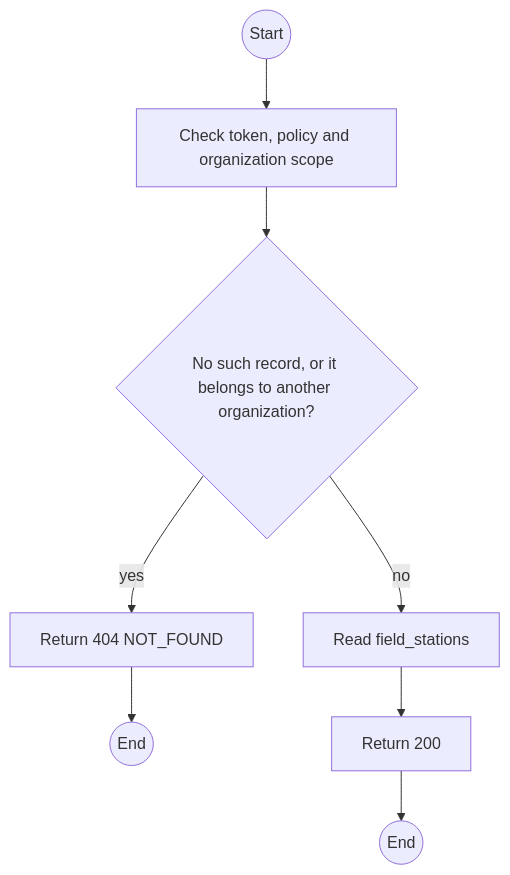
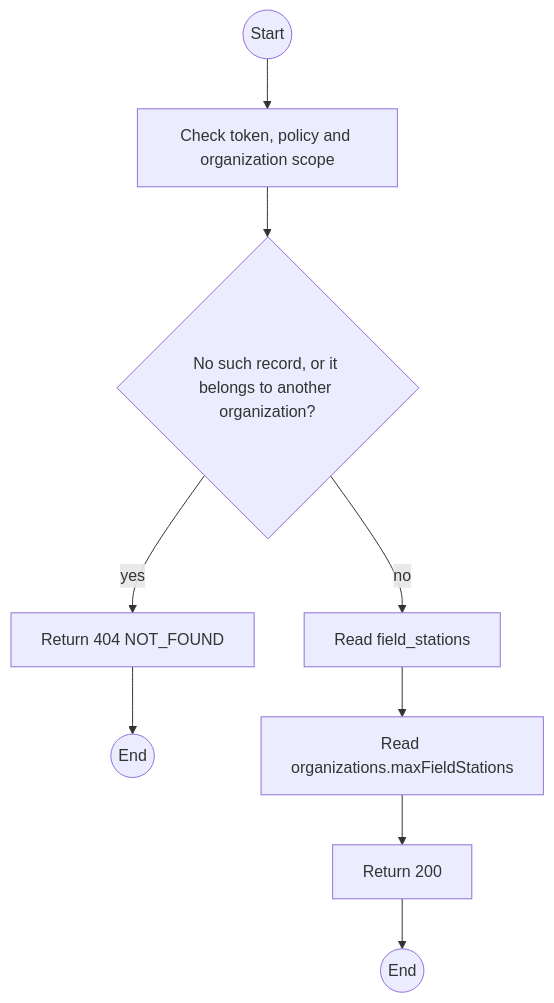
One commit to TrekLink-Team/treklink-web changed the first of 2 diagrams in specs/organizations/api-design/23-get-organizations-id-field-stations.md. Above: the diagram before and after it, drawn with Mermaid. The commit also changed other lines of this file and 12 other files, not shown here.

First line of the commit message:
docs: organizations rulings for screens 3.3 to 3.6 (compliance case read, action actor, key list, started shift, limits)

````diff
--- a/specs/organizations/api-design/23-get-organizations-id-field-stations.md
+++ b/specs/organizations/api-design/23-get-organizations-id-field-stations.md
@@ -122,16 +131,18 @@
 ```mermaid
 flowchart TB
     S((Start))
     A0["Check token, policy and organization scope"]
     S --> A0
     D1{"No such record, or it belongs to another organization?"}
     A0 --> D1
     E1["Return 404 NOT_FOUND"]
     D1 -->|yes| E1
     E1 --> X1((End))
     P0["Read field_stations"]
     D1 -->|no| P0
+    P1["Read organizations.maxFieldStations"]
+    P0 --> P1
     OK["Return 200"]
-    P0 --> OK
+    P1 --> OK
     OK --> Z((End))
 ```
````
